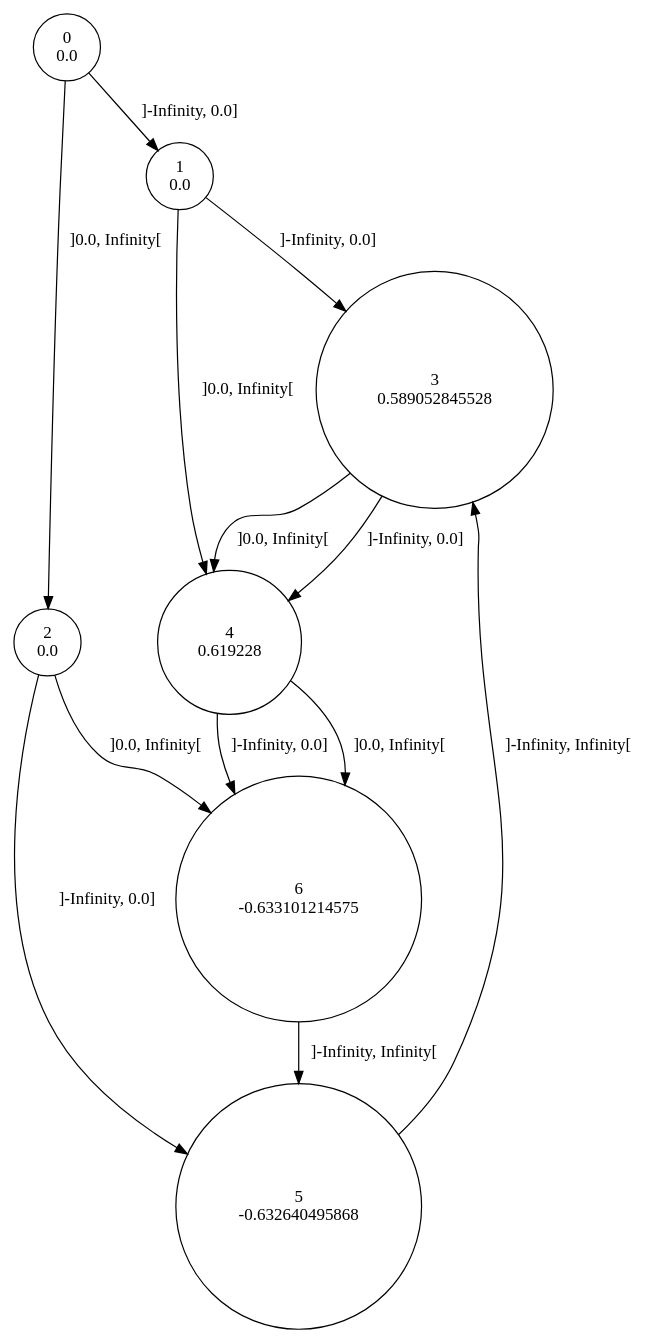
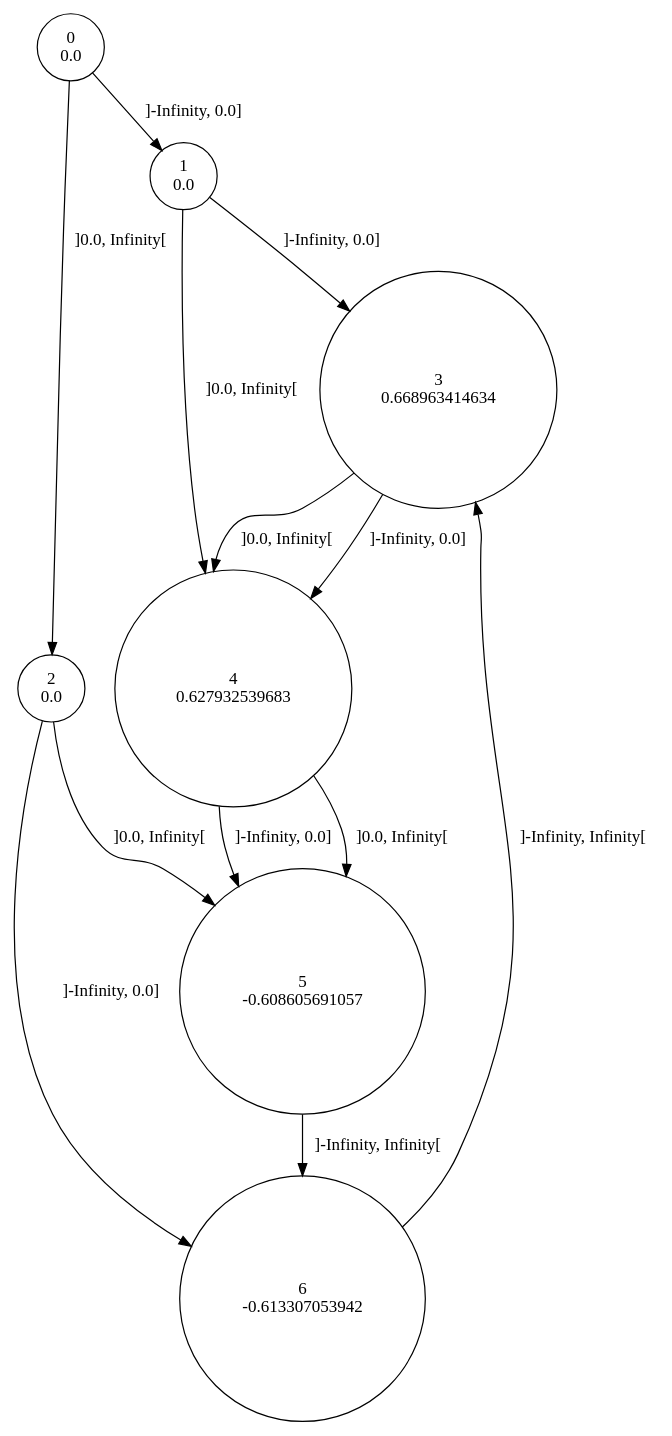
One commit to gllpellegrino/RAI_experiments changed the diagram in sinus/data/8/rtisy.dot. Above: the diagram before and after it, drawn with Graphviz. The commit also changed 306 other files, not shown here.

```diff
--- a/sinus/data/8/rtisy.dot
+++ b/sinus/data/8/rtisy.dot
@@ -1,21 +1,21 @@
 digraph a {
 0 [shape=circle, label="0\n0.0"];
 	0 -> 1 [label="]-Infinity, 0.0]"];
 	0 -> 2 [label="]0.0, Infinity["];
 1 [shape=circle, label="1\n0.0"];
 	1 -> 3 [label="]-Infinity, 0.0]"];
 	1 -> 4 [label="]0.0, Infinity["];
 2 [shape=circle, label="2\n0.0"];
-	2 -> 5 [label="]-Infinity, 0.0]"];
-	2 -> 6 [label="]0.0, Infinity["];
-3 [shape=circle, label="3\n0.589052845528"];
+	2 -> 6 [label="]-Infinity, 0.0]"];
+	2 -> 5 [label="]0.0, Infinity["];
+3 [shape=circle, label="3\n0.668963414634"];
 	3 -> 4 [label="]-Infinity, 0.0]"];
 	3 -> 4 [label="]0.0, Infinity["];
-4 [shape=circle, label="4\n0.619228"];
-	4 -> 6 [label="]-Infinity, 0.0]"];
-	4 -> 6 [label="]0.0, Infinity["];
-5 [shape=circle, label="5\n-0.632640495868"];
-	5 -> 3 [label="]-Infinity, Infinity["];
-6 [shape=circle, label="6\n-0.633101214575"];
-	6 -> 5 [label="]-Infinity, Infinity["];
+4 [shape=circle, label="4\n0.627932539683"];
+	4 -> 5 [label="]-Infinity, 0.0]"];
+	4 -> 5 [label="]0.0, Infinity["];
+5 [shape=circle, label="5\n-0.608605691057"];
+	5 -> 6 [label="]-Infinity, Infinity["];
+6 [shape=circle, label="6\n-0.613307053942"];
+	6 -> 3 [label="]-Infinity, Infinity["];
 }
```
